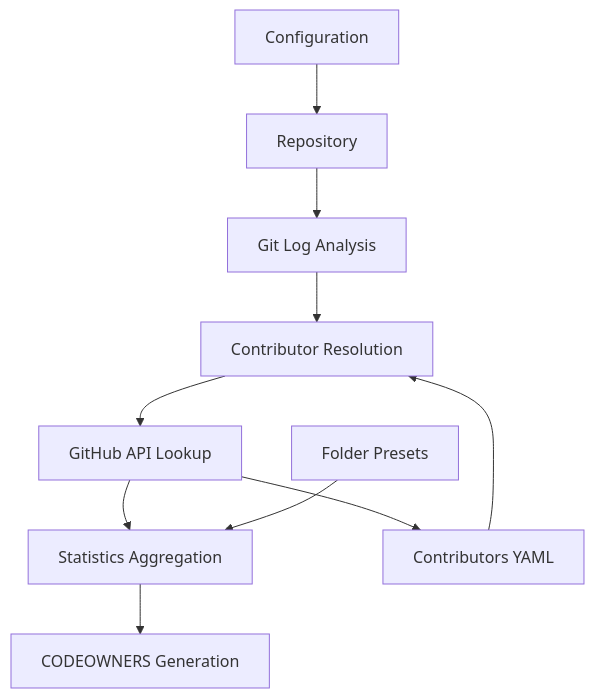
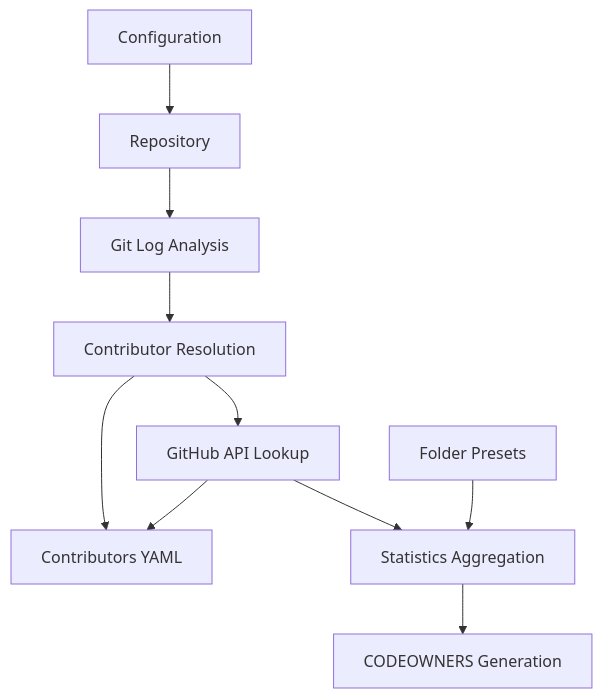
Before and after one commit to sonic-net/sonic-pipelines: the diagram in scripts/code-owners/doc/index.md, drawn with Mermaid.

````diff
--- a/scripts/code-owners/doc/index.md
+++ b/scripts/code-owners/doc/index.md
@@ -32,13 +32,13 @@
 ```mermaid
 graph TD
     A[Repository] --> B[Git Log Analysis]
     B --> C[Contributor Resolution]
     C --> D[GitHub API Lookup]
+    C --> H[Contributors YAML]
     D --> E[Statistics Aggregation]
     E --> F[CODEOWNERS Generation]
     
-    H[Contributors YAML] --> C
     G[Folder Presets] --> E
     I[Configuration] --> A
     D[GitHub API Lookup] --> H
 ```
````
